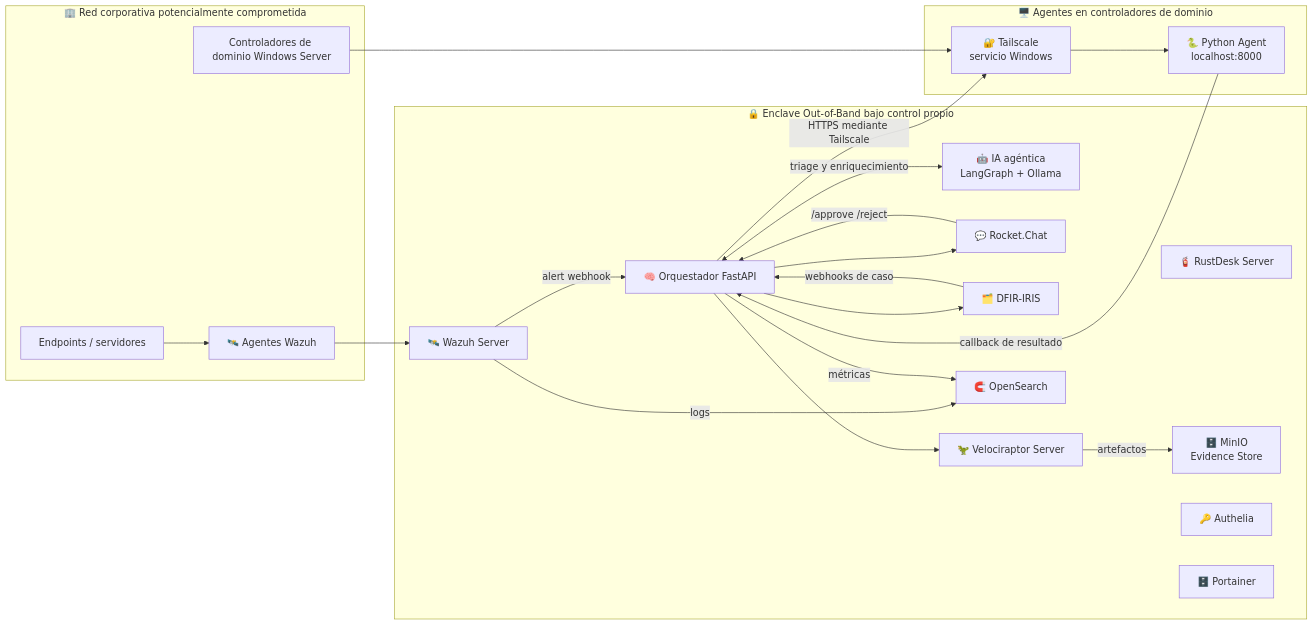
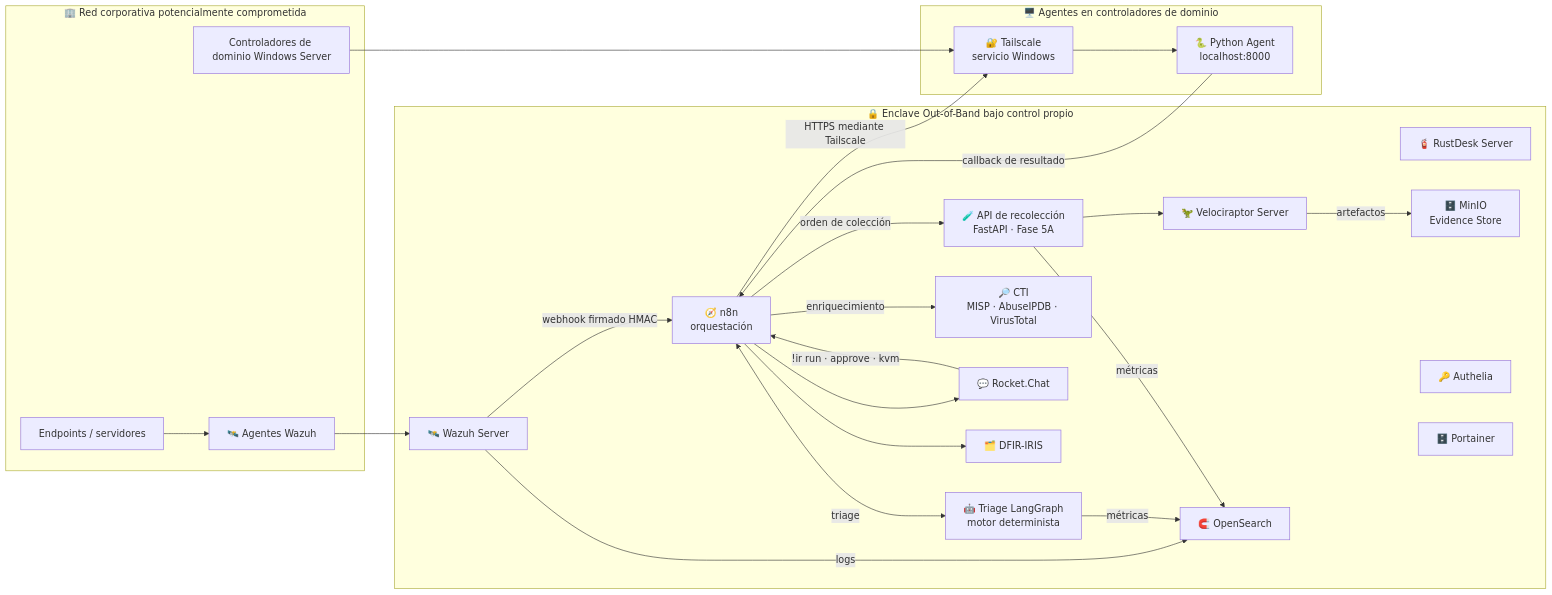
Before and after one commit to jluisreyvargas/tfm-alerta-temprana-oob: the first of 2 diagrams in README.md, drawn with Mermaid. The commit also changed other lines of this file, not shown here.

````diff
--- a/README.md
+++ b/README.md
@@ -69,42 +71,46 @@
 ```mermaid
 flowchart LR
   subgraph CORP["🏢 Red corporativa potencialmente comprometida"]
     A[Endpoints / servidores]
     DC[Controladores de dominio Windows Server]
     W[🛰️ Agentes Wazuh]
   end
 
   subgraph ENCLAVE["🔒 Enclave Out-of-Band bajo control propio"]
     WZ[🛰️ Wazuh Server]
-    ORC[🧠 Orquestador FastAPI]
-    AI[🤖 IA agéntica\nLangGraph + Ollama]
+    ORC[🧭 n8n\norquestación]
+    AI[🤖 Triage LangGraph\nmotor determinista]
+    API5A[🧪 API de recolección\nFastAPI · Fase 5A]
+    CTI[🔎 CTI\nMISP · AbuseIPDB · VirusTotal]
     RC[💬 Rocket.Chat]
     IRIS[🗂️ DFIR-IRIS]
     VR[🦖 Velociraptor Server]
     RD[🧯 RustDesk Server]
     OS[🧲 OpenSearch]
     MINIO[🗄️ MinIO\nEvidence Store]
     AUTH[🔑 Authelia]
     PORT[🗄️ Portainer]
   end
 
   subgraph DC_AGENTS["🖥️ Agentes en controladores de dominio"]
     TS[🔐 Tailscale\nservicio Windows]
     PYA[🐍 Python Agent\nlocalhost:8000]
   end
 
   A --> W --> WZ
   DC --> TS --> PYA
-  WZ -->|alert webhook| ORC
-  ORC <-->|triage y enriquecimiento| AI
+  WZ -->|webhook firmado HMAC| ORC
+  ORC <-->|triage| AI
+  ORC -->|enriquecimiento| CTI
   ORC --> RC
   ORC --> IRIS
-  ORC --> VR
+  ORC -->|orden de colección| API5A
+  API5A --> VR
   ORC -->|HTTPS mediante Tailscale| TS
   PYA -->|callback de resultado| ORC
-  RC -->|/approve /reject| ORC
+  RC -->|!ir run · approve · kvm| ORC
   VR -->|artefactos| MINIO
-  IRIS -->|webhooks de caso| ORC
   WZ -->|logs| OS
-  ORC -->|métricas| OS
+  AI -->|métricas| OS
+  API5A -->|métricas| OS
 ```
````
